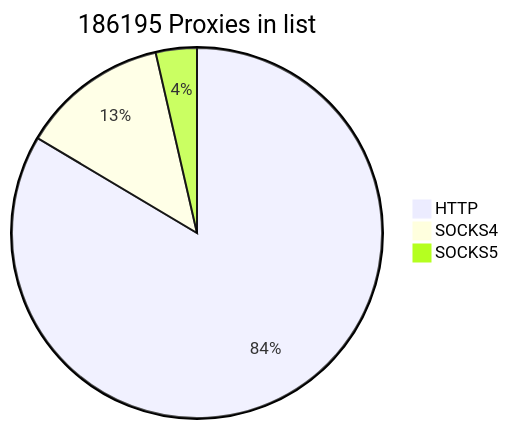
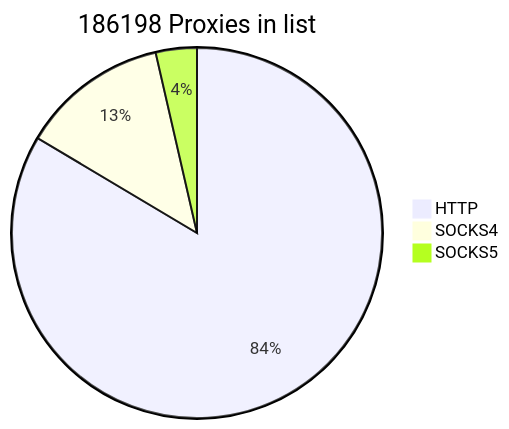
One commit to cutipu/proxylist changed the first of 2 diagrams in README.md. Above: the diagram before and after it, drawn with Mermaid. The commit also changed other lines of this file, not shown here.

````diff
--- a/README.md
+++ b/README.md
@@ -2,7 +2,7 @@
 ```mermaid
-pie title 186195 Proxies in list
-    "HTTP" : 155565
-    "SOCKS4" : 23952
-    "SOCKS5" : 6678
+pie title 186198 Proxies in list
+    "HTTP" : 155566
+    "SOCKS4" : 23953
+    "SOCKS5" : 6679
             
 ```
````
